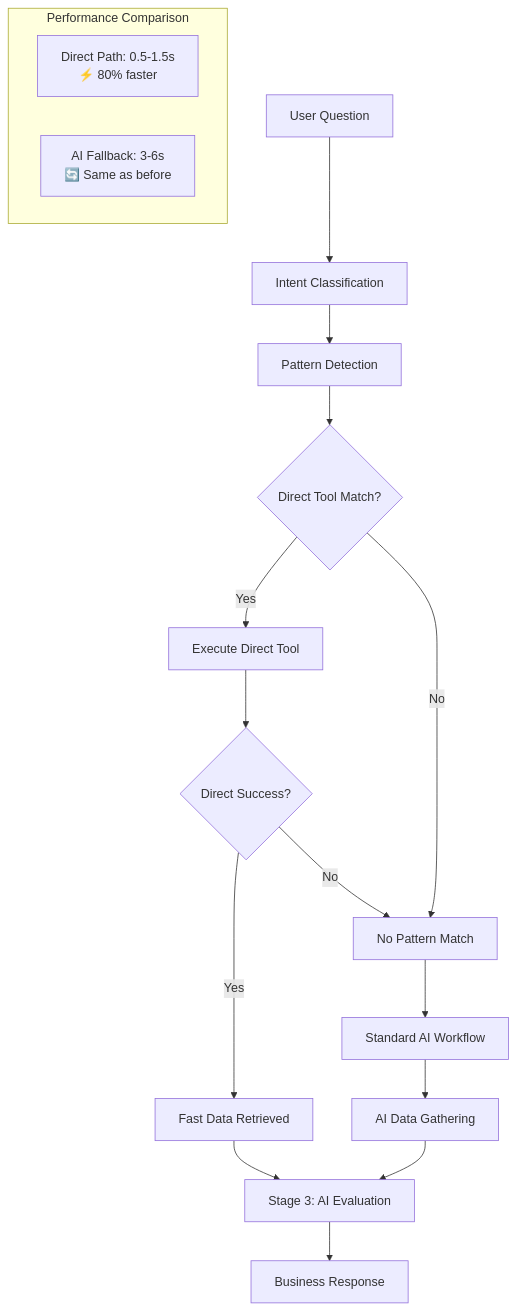
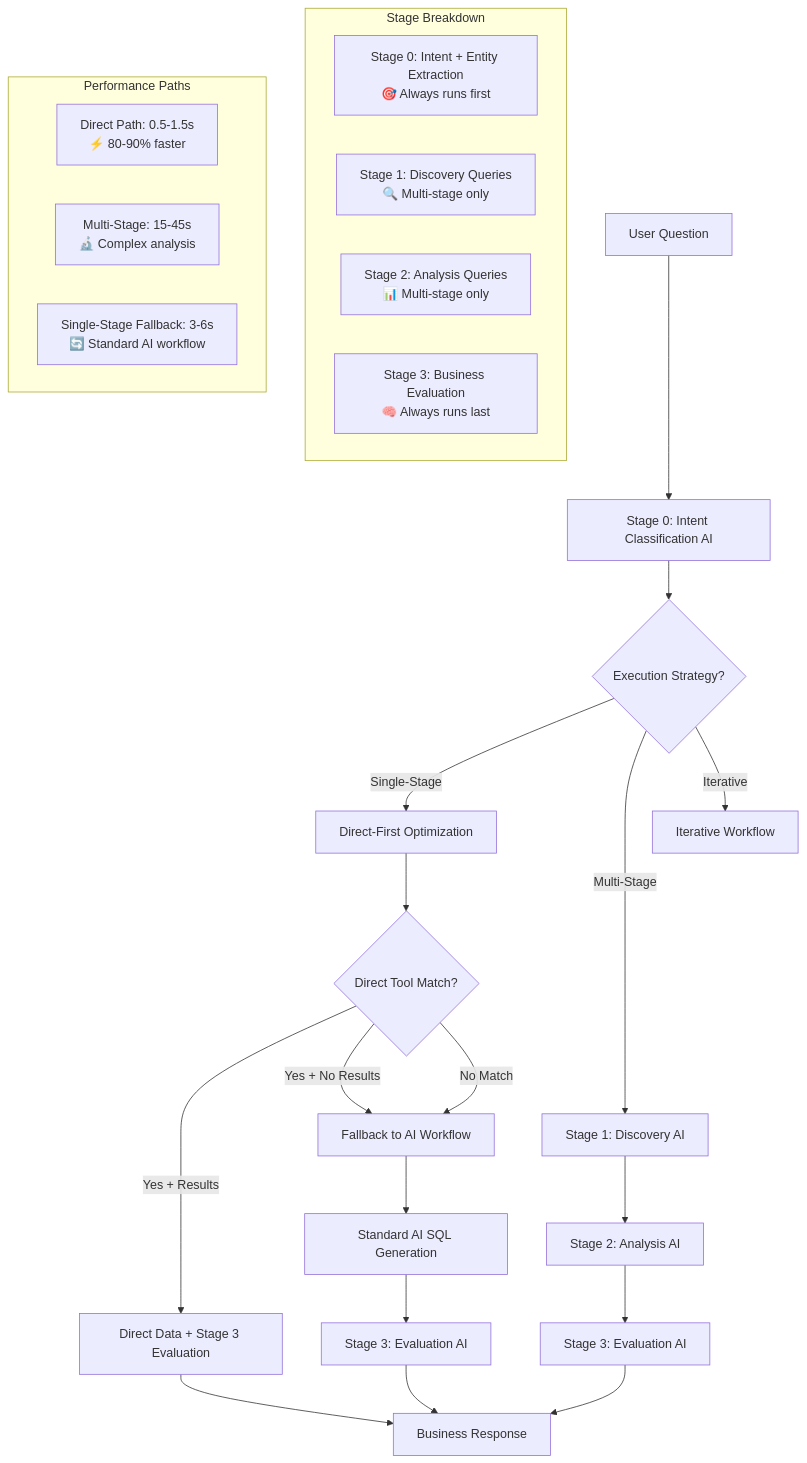
Before and after one commit to yingkiat/mcp_fabric_server: the third of 3 diagrams in docs/DESIGN_ARCHITECTURE.md, drawn with Mermaid. The commit also changed other lines of this file and 7 other files, not shown here.

````diff
--- a/docs/DESIGN_ARCHITECTURE.md
+++ b/docs/DESIGN_ARCHITECTURE.md
@@ -152,24 +152,37 @@
 ```mermaid
 graph TD
-    A[User Question] --> B[Intent Classification]
-    B --> C[Pattern Detection]
-    C --> D{Direct Tool Match?}
+    A[User Question] --> B[Stage 0: Intent Classification AI]
+    B --> C{Execution Strategy?}
     
-    D -->|Yes| E[Execute Direct Tool]
-    E --> F{Direct Success?}
-    F -->|Yes| G[Fast Data Retrieved]
-    F -->|No| H[Log Fallback Reason]
+    C -->|Single-Stage| D[Direct-First Optimization]
+    C -->|Multi-Stage| E[Stage 1: Discovery AI]
+    C -->|Iterative| F[Iterative Workflow]
     
-    D -->|No| H[No Pattern Match]
-    H --> I[Standard AI Workflow]
-    I --> J[AI Data Gathering]
+    D --> G{Direct Tool Match?}
+    G -->|Yes + Results| H[Direct Data + Stage 3 Evaluation]
+    G -->|Yes + No Results| I[Fallback to AI Workflow]
+    G -->|No Match| I[Fallback to AI Workflow]
     
-    G --> K[Stage 3: AI Evaluation]
-    J --> K
-    K --> L[Business Response]
+    E --> J[Stage 2: Analysis AI]
+    J --> K[Stage 3: Evaluation AI]
     
-    subgraph "Performance Comparison"
-        M["Direct Path: 0.5-1.5s<br/>⚡ 80% faster"]
-        N["AI Fallback: 3-6s<br/>🔄 Same as before"]
+    I --> L[Standard AI SQL Generation]
+    L --> M[Stage 3: Evaluation AI]
+    
+    H --> N[Business Response]
+    K --> N
+    M --> N
+    
+    subgraph "Stage Breakdown"
+        O["Stage 0: Intent + Entity Extraction<br/>🎯 Always runs first"]
+        P["Stage 1: Discovery Queries<br/>🔍 Multi-stage only"]
+        Q["Stage 2: Analysis Queries<br/>📊 Multi-stage only"] 
+        R["Stage 3: Business Evaluation<br/>🧠 Always runs last"]
+    end
+    
+    subgraph "Performance Paths"
+        S["Direct Path: 0.5-1.5s<br/>⚡ 80-90% faster"]
+        T["Multi-Stage: 15-45s<br/>🔬 Complex analysis"]
+        U["Single-Stage Fallback: 3-6s<br/>🔄 Standard AI workflow"]
     end
 ```
````
